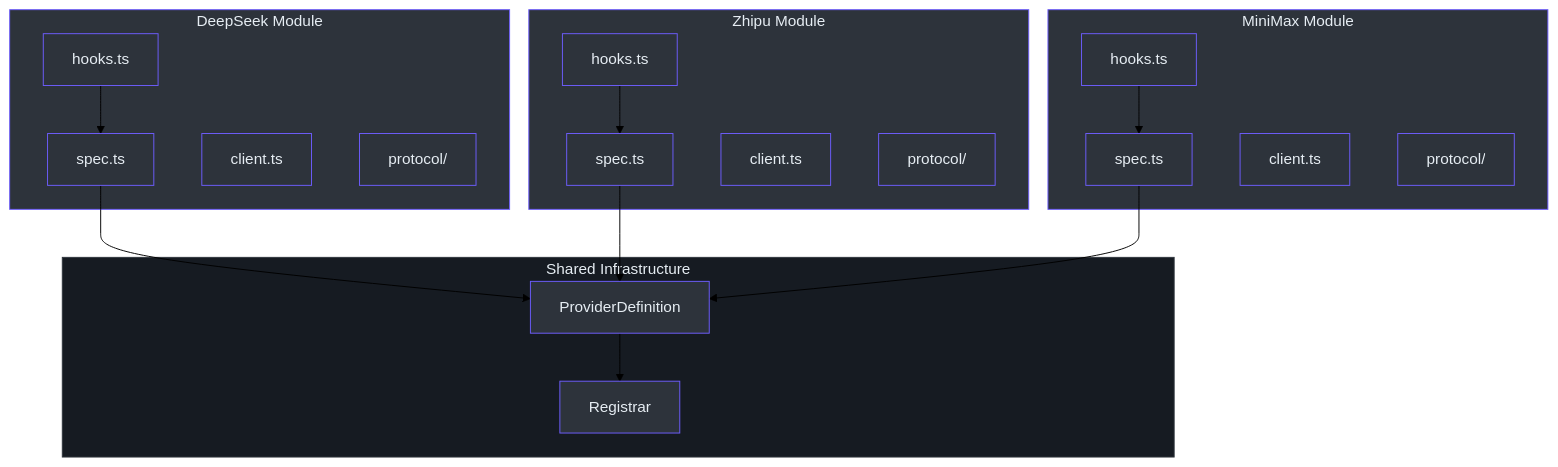
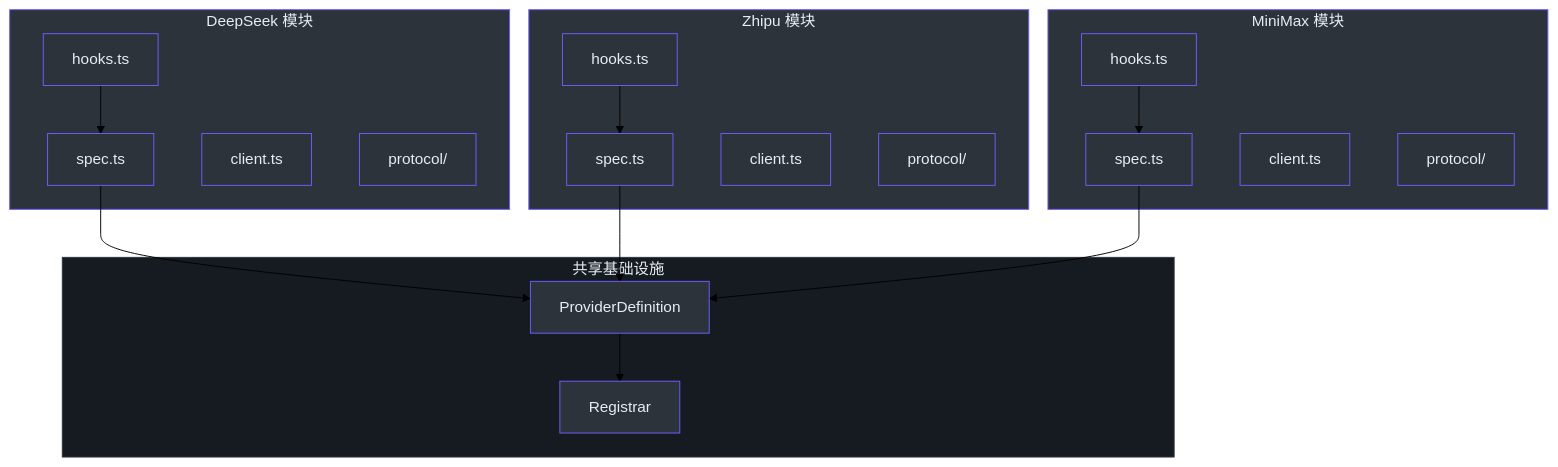
The first of 3 diagrams in wiki/zh/01-getting-started/builtin-providers.md (Ahoo-Wang/GodeX), drawn with Mermaid (forest theme) before and after one commit. The commit also changed other lines of this file and 36 other files, not shown here.

````diff
--- a/wiki/zh/01-getting-started/builtin-providers.md
+++ b/wiki/zh/01-getting-started/builtin-providers.md
@@ -27,56 +27,56 @@
 ```mermaid
 flowchart TB
-    subgraph Shared["Shared Infrastructure"]
+    subgraph Shared["共享基础设施"]
         Def["ProviderDefinition"]
         Reg["Registrar"]
     end
 
-    subgraph DeepSeek["DeepSeek Module"]
+    subgraph DeepSeek["DeepSeek 模块"]
         DS_Spec["spec.ts"]
         DS_Hooks["hooks.ts"]
         DS_Client["client.ts"]
         DS_Proto["protocol/"]
     end
 
-    subgraph Zhipu["Zhipu Module"]
+    subgraph Zhipu["Zhipu 模块"]
         ZP_Spec["spec.ts"]
         ZP_Hooks["hooks.ts"]
         ZP_Client["client.ts"]
         ZP_Proto["protocol/"]
     end
 
-    subgraph MiniMax["MiniMax Module"]
+    subgraph MiniMax["MiniMax 模块"]
         MM_Spec["spec.ts"]
         MM_Hooks["hooks.ts"]
         MM_Client["client.ts"]
         MM_Proto["protocol/"]
     end
 
     DS_Spec --> Def
     ZP_Spec --> Def
     MM_Spec --> Def
     Def --> Reg
 
     DS_Hooks --> DS_Spec
     ZP_Hooks --> ZP_Spec
     MM_Hooks --> MM_Spec
 
     style Shared fill:#161b22,stroke:#30363d,color:#e6edf3
     style DeepSeek fill:#2d333b,stroke:#6d5dfc,color:#e6edf3
     style Zhipu fill:#2d333b,stroke:#6d5dfc,color:#e6edf3
     style MiniMax fill:#2d333b,stroke:#6d5dfc,color:#e6edf3
     style Def fill:#2d333b,stroke:#6d5dfc,color:#e6edf3
     style Reg fill:#2d333b,stroke:#6d5dfc,color:#e6edf3
     style DS_Spec fill:#2d333b,stroke:#6d5dfc,color:#e6edf3
     style DS_Hooks fill:#2d333b,stroke:#6d5dfc,color:#e6edf3
     style DS_Client fill:#2d333b,stroke:#6d5dfc,color:#e6edf3
     style DS_Proto fill:#2d333b,stroke:#6d5dfc,color:#e6edf3
     style ZP_Spec fill:#2d333b,stroke:#6d5dfc,color:#e6edf3
     style ZP_Hooks fill:#2d333b,stroke:#6d5dfc,color:#e6edf3
     style ZP_Client fill:#2d333b,stroke:#6d5dfc,color:#e6edf3
     style ZP_Proto fill:#2d333b,stroke:#6d5dfc,color:#e6edf3
     style MM_Spec fill:#2d333b,stroke:#6d5dfc,color:#e6edf3
     style MM_Hooks fill:#2d333b,stroke:#6d5dfc,color:#e6edf3
     style MM_Client fill:#2d333b,stroke:#6d5dfc,color:#e6edf3
     style MM_Proto fill:#2d333b,stroke:#6d5dfc,color:#e6edf3
 ```
````
